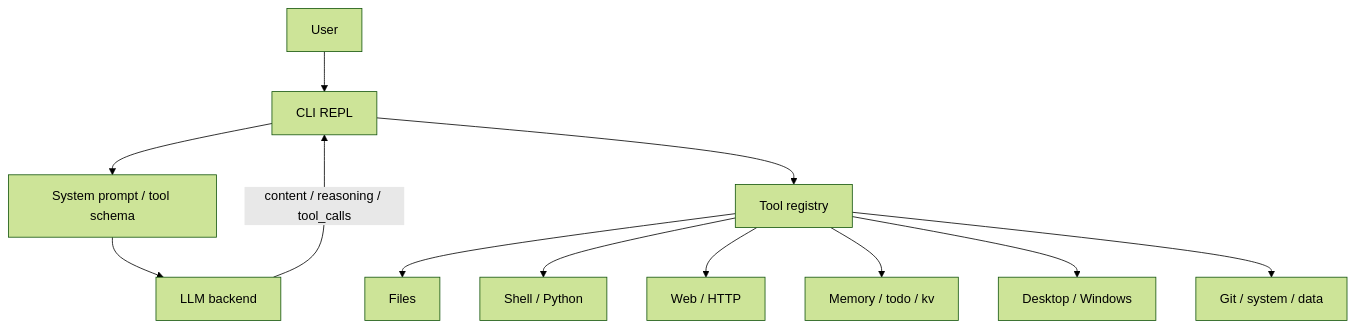
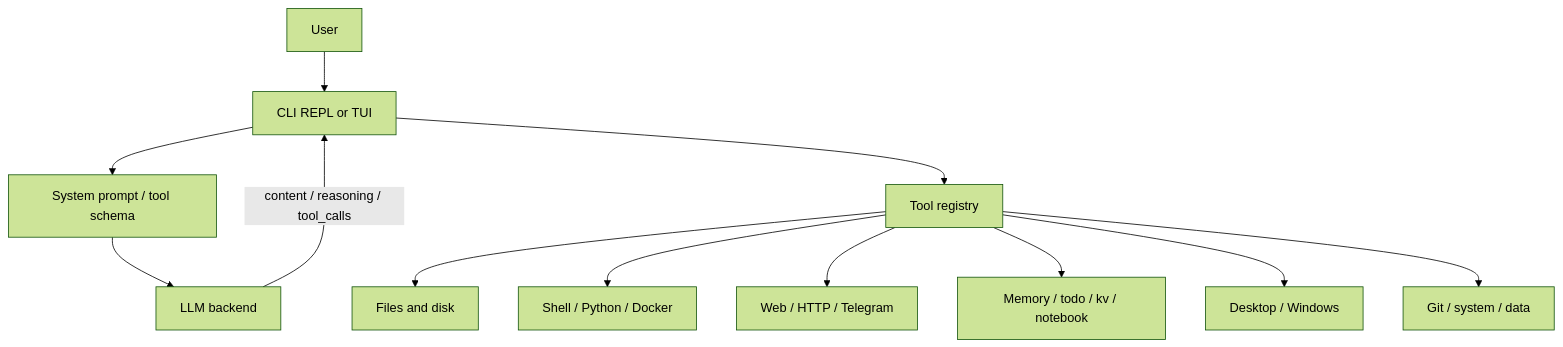
Before and after one commit to Ghost-White-Guy/Universal-LLM-Agent: the second of 2 diagrams in README.md, drawn with Mermaid (forest theme). The commit also changed other lines of this file, not shown here.

````diff
--- a/README.md
+++ b/README.md
@@ -558,14 +689,14 @@
 ```mermaid
 flowchart TD
-    U[User] --> R[CLI REPL]
+    U[User] --> R[CLI REPL or TUI]
     R --> P[System prompt / tool schema]
     P --> L[LLM backend]
     L -->|content / reasoning / tool_calls| R
     R --> T[Tool registry]
-    T --> F[Files]
-    T --> S[Shell / Python]
-    T --> W[Web / HTTP]
-    T --> M[Memory / todo / kv]
+    T --> F[Files and disk]
+    T --> S[Shell / Python / Docker]
+    T --> W[Web / HTTP / Telegram]
+    T --> M[Memory / todo / kv / notebook]
     T --> D[Desktop / Windows]
     T --> G[Git / system / data]
 ```
````
